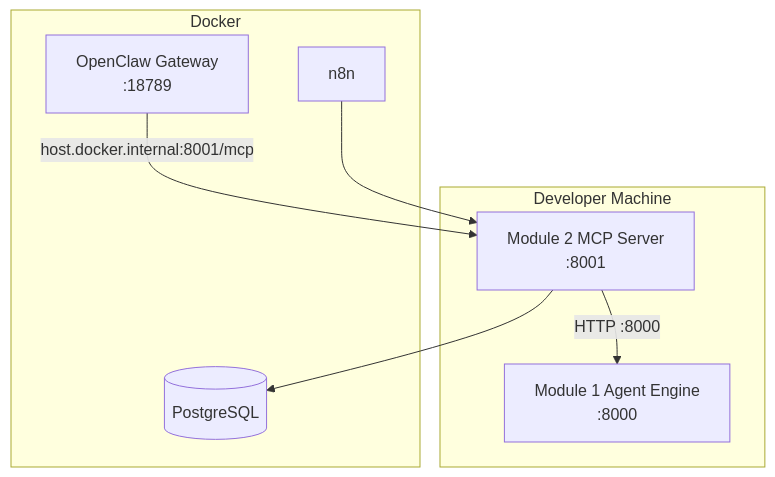
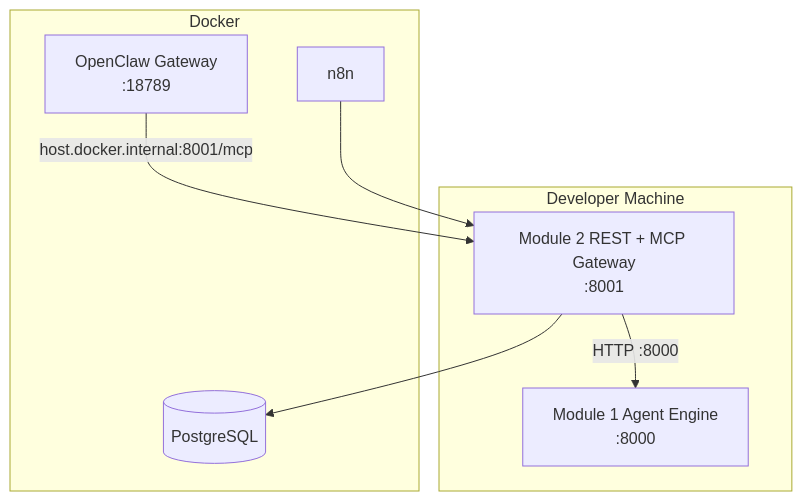
Before and after one commit to ha7n23/careerops-automation-mcp-hub: the fifth of 6 diagrams in docs/ARCHITECTURE.md, drawn with Mermaid. The commit also changed other lines of this file and 4 other files, not shown here.

````diff
--- a/docs/ARCHITECTURE.md
+++ b/docs/ARCHITECTURE.md
@@ -674,18 +696,18 @@
 ```mermaid
 flowchart TB
     subgraph Host[Developer Machine]
-        M2[Module 2 MCP Server\n:8001]
+        M2[Module 2 REST + MCP Gateway\n:8001]
         M1[Module 1 Agent Engine\n:8000]
     end
 
     subgraph Docker[Docker]
         OC[OpenClaw Gateway\n:18789]
         N8N[n8n]
         PG[(PostgreSQL)]
     end
 
     OC -->|host.docker.internal:8001/mcp| M2
     N8N --> M2
     M2 -->|HTTP :8000| M1
     M2 --> PG
 ```
````
